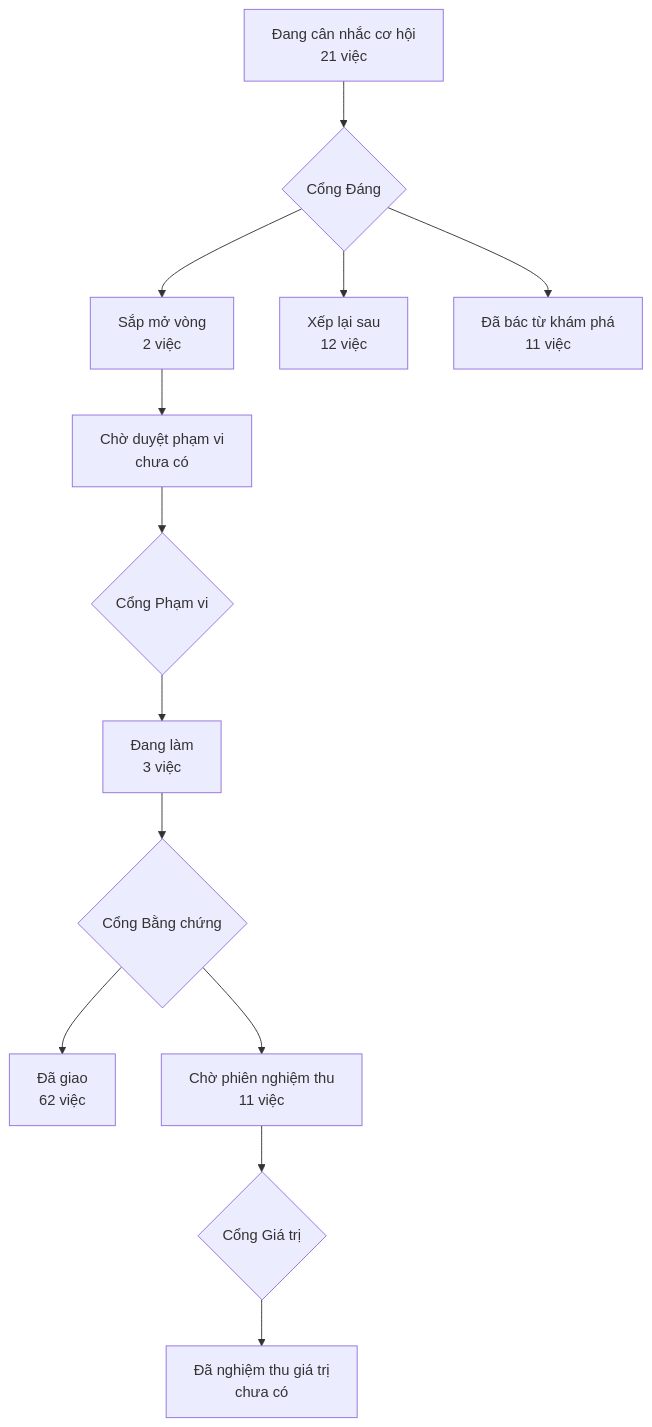
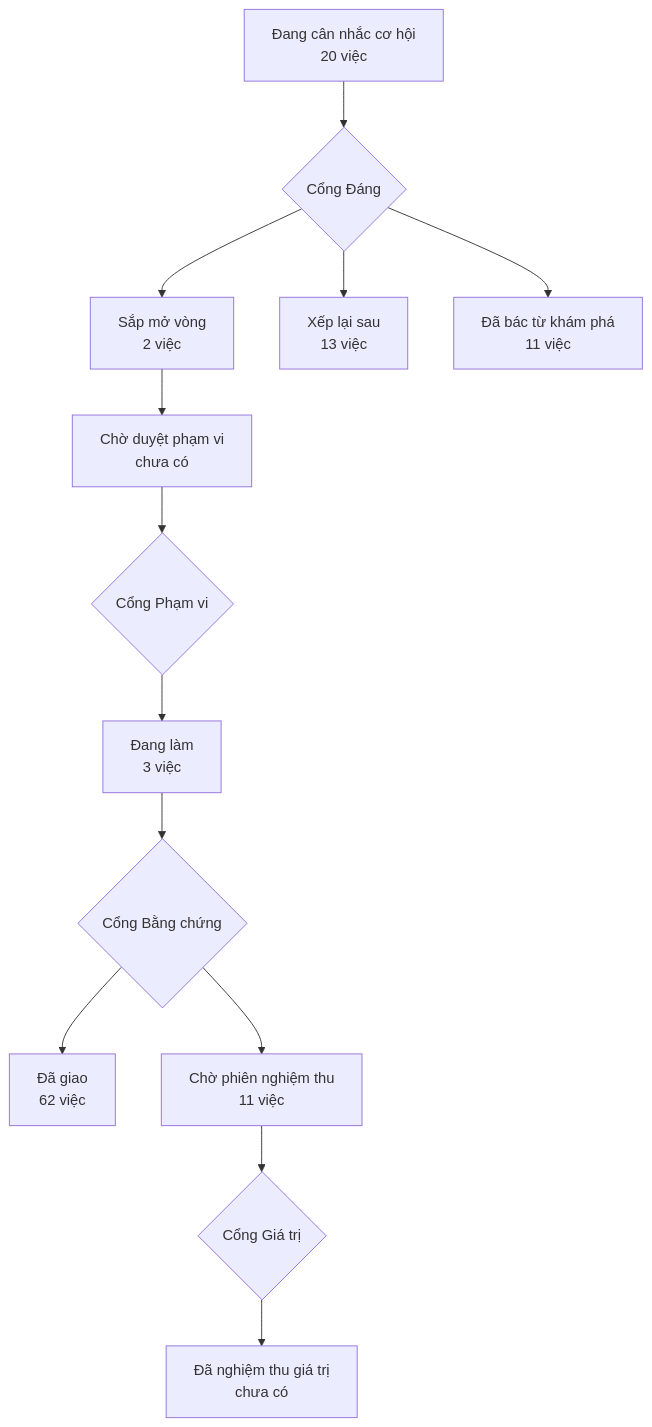
One commit to phanlemanh/acceptance-gate-kit changed the diagram in PRODUCT-MAP.md. Above: the diagram before and after it, drawn with Mermaid. The commit also changed 1 other file, not shown here.

Commit message:
Cổng Đáng: the-xep-nham-o-se-lam — park (Mạnh, 18/09)
Luật xếp hai khối theo mệnh đề đầu của vế Then (HEAD_NEG_RE) vào main
02/09 qua hồ sơ loi-moi-cong-may-sinh đã ăn phần lớn đề bài của ô này:
hồ sơ ô gọi tên, ra-co-ten-lam-va-trao, đi từ 0 «sẽ làm» / 15 lên 12 / 3.

Nhưng đo toàn xưởng thì lớp lỗi CHƯA chết: 19/118 tiêu chí rơi khối
«không làm» vì chữ phủ định nằm trong span mã, «…» hoặc (…) ở mệnh đề
đầu — 16 %, trong đó 3 ca nằm ngay trên hồ sơ ô gọi tên. Ngưỡng SỐNG
chưa đạt (đòi MỌI tiêu chí «sẽ làm» về đúng khối); ngưỡng CHẾT cũng
chưa chạm (điều kiện (a) đòi «cách chữa duy nhất là nới danh sách chữ»,
mà phần dư có chung một tính chất CẤU TRÚC, không phải từ vựng).

Nên park, không kill: ký kill là tuyên một lớp lỗi đã chết trong khi nó
còn sống. Nhát sửa ứng viên đã có tên trong ô — một luật vị trí, cùng
họ với luật mệnh-đề-đầu đang chạy. Đúng lối timebox ô tự khai (30/09).

Bản đồ xưởng vẽ lại cùng lượt: ô rời «Đang cân nhắc» sang «Xếp lại sau».

````diff
--- a/PRODUCT-MAP.md
+++ b/PRODUCT-MAP.md
@@ -6,12 +6,12 @@
 ```mermaid
 flowchart TD
-  A["Đang cân nhắc cơ hội<br/>21 việc"] --> GD{"Cổng Đáng"}
+  A["Đang cân nhắc cơ hội<br/>20 việc"] --> GD{"Cổng Đáng"}
   GD --> B["Sắp mở vòng<br/>2 việc"]
-  GD --> XL["Xếp lại sau<br/>12 việc"]
+  GD --> XL["Xếp lại sau<br/>13 việc"]
   GD --> DB["Đã bác từ khám phá<br/>11 việc"]
   B --> CD["Chờ duyệt phạm vi<br/>chưa có"] --> GP{"Cổng Phạm vi"}
   GP --> DL["Đang làm<br/>3 việc"] --> GB{"Cổng Bằng chứng"}
   GB --> DG["Đã giao<br/>62 việc"]
   GB --> CN["Chờ phiên nghiệm thu<br/>11 việc"] --> GG{"Cổng Giá trị"}
   GG --> NT["Đã nghiệm thu giá trị<br/>chưa có"]
 ```
````
